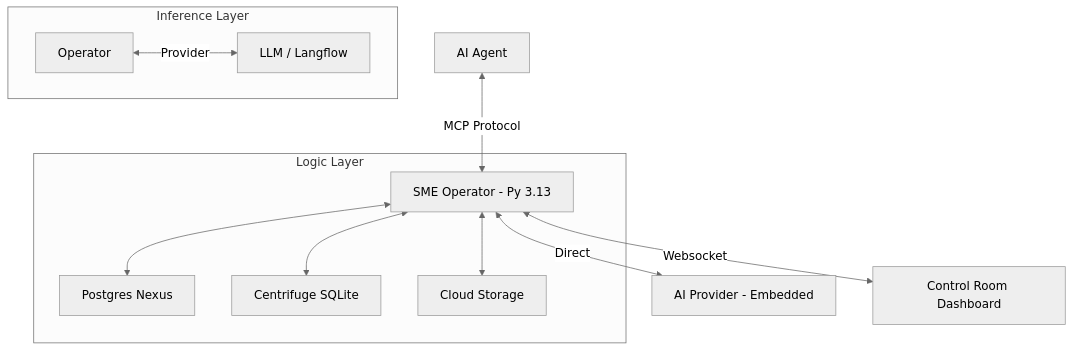
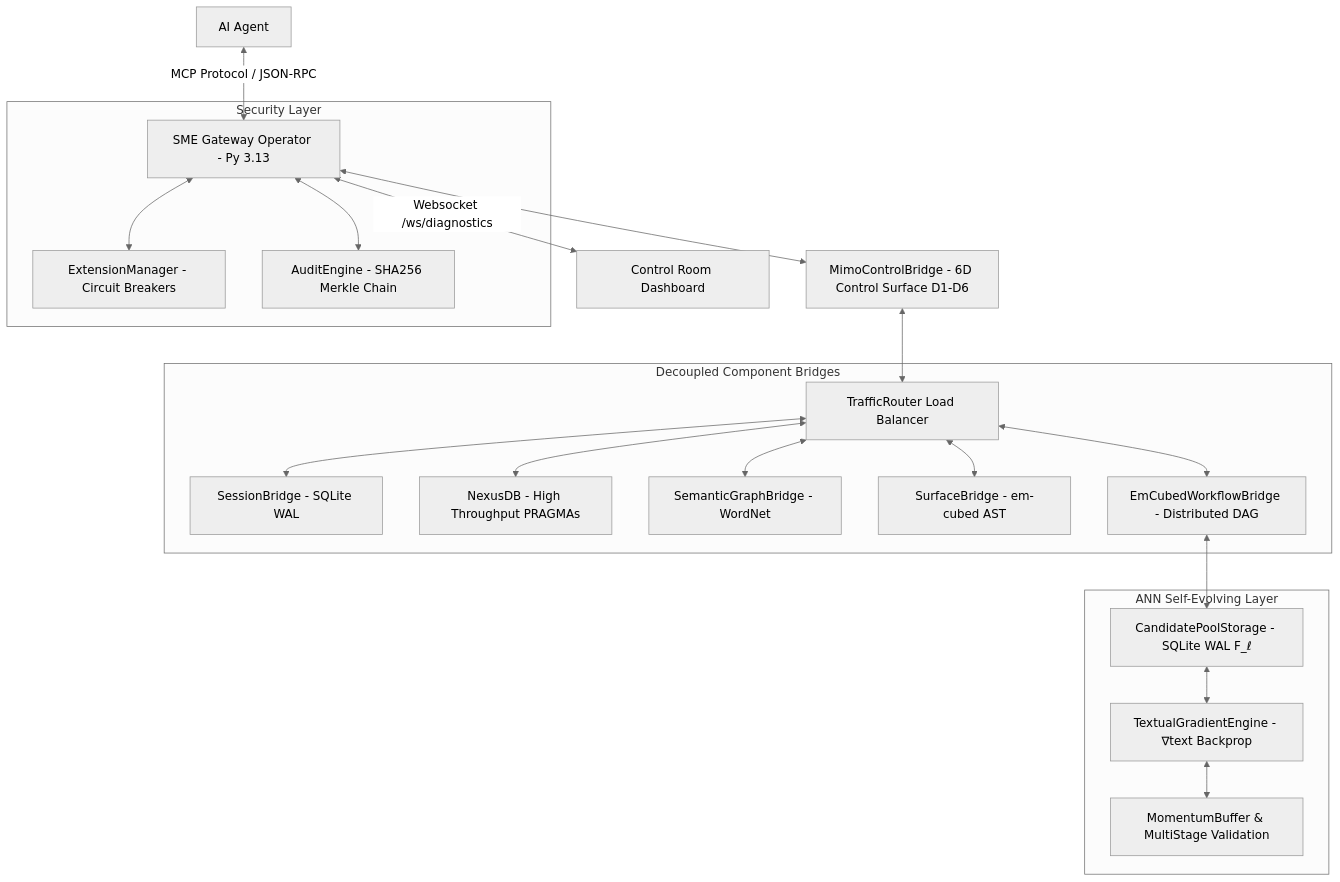
One commit to SpectreDeath/Semantic-Memory-Engine changed the first of 2 diagrams in README.md. Above: the diagram before and after it, drawn with Mermaid (neutral theme). The commit also changed other lines of this file and 59 other files, not shown here.

Commit message:
feat(crucible-bridge): release v3.0.1 with MIMO 6D surface, ANN textual backprop, Wasm surface, scientific router, Merkle consensus, and forensic media & threat harvester tools

````diff
--- a/README.md
+++ b/README.md
@@ -74,16 +74,26 @@
 ```mermaid
 graph TD
-    Client[AI Agent] <-->|MCP Protocol| Op[SME Operator - Py 3.13]
-    Op <-->|Direct| Provider[AI Provider - Embedded]
-    Op <-->|Websocket| UI[Control Room Dashboard]
+    Client[AI Agent] <-->|MCP Protocol / JSON-RPC| Op[SME Gateway Operator - Py 3.13]
+    Op <-->|Websocket /ws/diagnostics| UI[Control Room Dashboard]
+    Op <--> MIMO[MimoControlBridge - 6D Control Surface D1-D6]
+    MIMO <--> Router[TrafficRouter Load Balancer]
 
-    subgraph Core [Logic Layer]
-        Op <--> Nexus[Postgres Nexus]
-        Op <--> Lab[Centrifuge SQLite]
-        Op <--> Cloud[Cloud Storage]
+    subgraph Bridges [Decoupled Component Bridges]
+        Router <--> Sess[SessionBridge - SQLite WAL]
+        Router <--> Nexus[NexusDB - High Throughput PRAGMAs]
+        Router <--> Graph[SemanticGraphBridge - WordNet]
+        Router <--> Surface[SurfaceBridge - em-cubed AST]
+        Router <--> Workflow[EmCubedWorkflowBridge - Distributed DAG]
     end
 
-    subgraph AI [Inference Layer]
-        Operator <-->|Provider| Model[LLM / Langflow]
+    subgraph SelfEvolving [ANN Self-Evolving Layer]
+        Workflow <--> Pool[CandidatePoolStorage - SQLite WAL F_ℓ]
+        Pool <--> Backprop[TextualGradientEngine - ∇text Backprop]
+        Backprop <--> Filter[MomentumBuffer & MultiStage Validation]
+    end
+
+    subgraph Integrity & Security [Security Layer]
+        Op <--> Extension[ExtensionManager - Circuit Breakers]
+        Op <--> Audit[AuditEngine - SHA256 Merkle Chain]
     end
 ```
````
